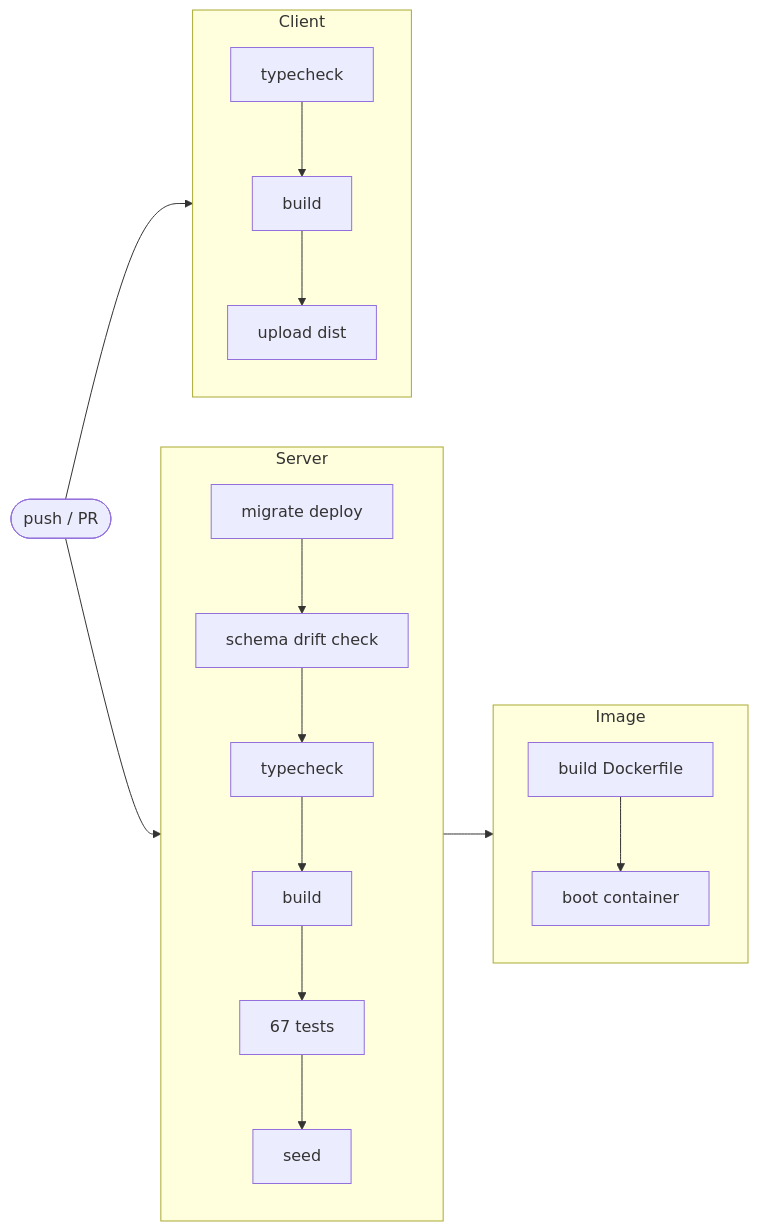
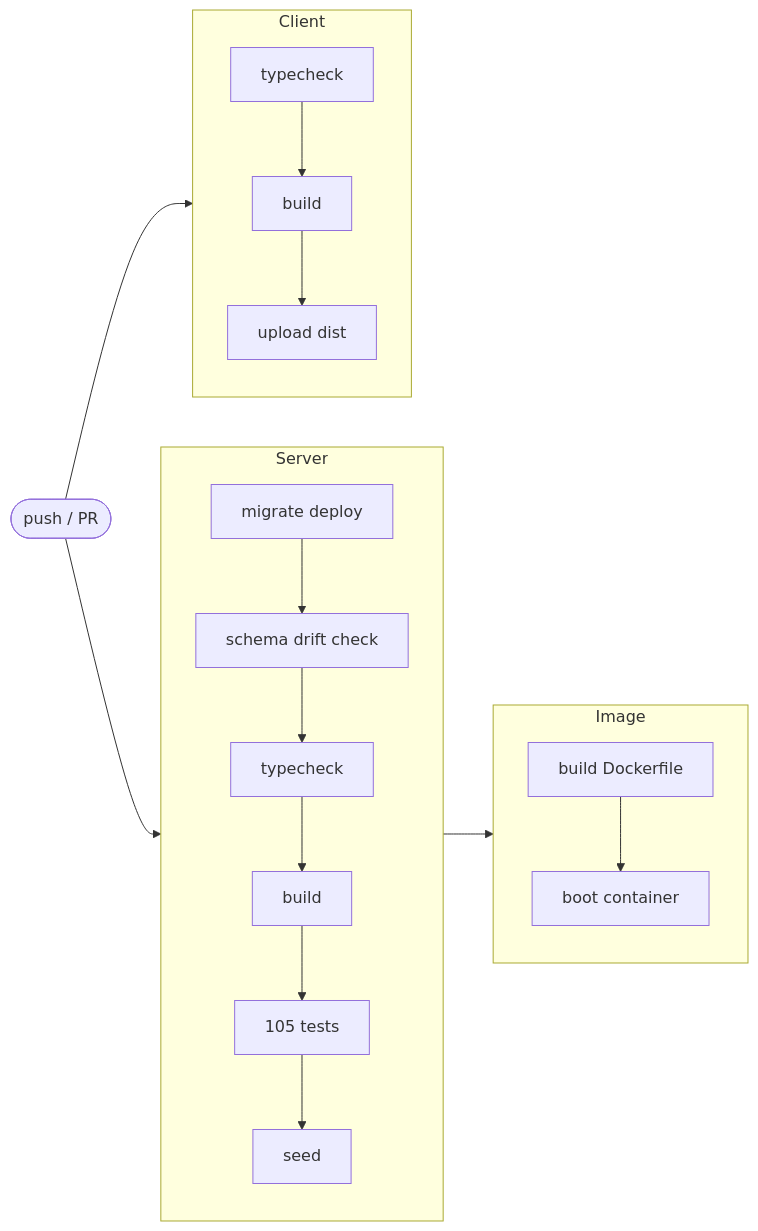
One commit to VedGoyaniTech/globaltrotter-odoo changed the diagram in README.md. Above: the diagram before and after it, drawn with Mermaid. The commit also changed other lines of this file and 34 other files, not shown here.

````diff
--- a/README.md
+++ b/README.md
@@ -164,21 +191,21 @@
 ```mermaid
 flowchart LR
   P([push / PR]) --> S1
   P([push / PR]) --> C1
   S6 --> I1
 
   subgraph S[" Server "]
     direction TB
-    S1[migrate deploy] --> S2[schema drift check] --> S3[typecheck] --> S4[build] --> S5[67 tests] --> S6[seed]
+    S1[migrate deploy] --> S2[schema drift check] --> S3[typecheck] --> S4[build] --> S5[105 tests] --> S6[seed]
   end
 
   subgraph C[" Client "]
     direction TB
     C1[typecheck] --> C2[build] --> C3[upload dist]
   end
 
   subgraph I[" Image "]
     direction TB
     I1[build Dockerfile] --> I2[boot container]
   end
 ```
````
